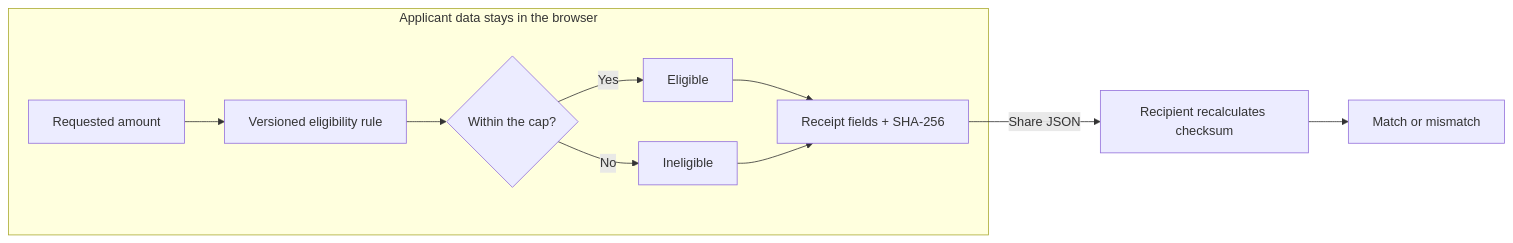
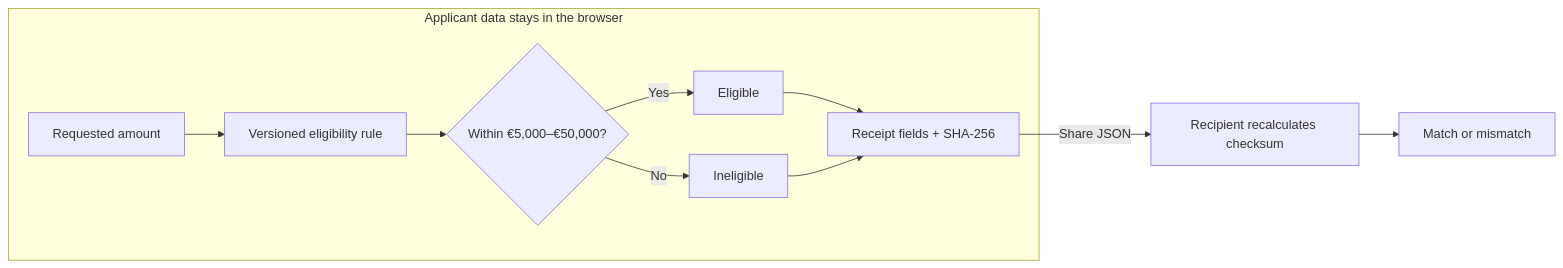
One commit to thesithunyein/meritseal changed the diagram in README.md. Above: the diagram before and after it, drawn with Mermaid. The commit also changed other lines of this file, not shown here.

Commit message:
Explain reviewer problem and document published NLnet rule

````diff
--- a/README.md
+++ b/README.md
@@ -22,13 +28,13 @@
 ```mermaid
 flowchart LR
     subgraph Browser["Applicant data stays in the browser"]
         Amount["Requested amount"] --> Rule["Versioned eligibility rule"]
-        Rule --> Decision{"Within the cap?"}
+        Rule --> Decision{"Within €5,000–€50,000?"}
         Decision -->|Yes| Pass["Eligible"]
         Decision -->|No| Reject["Ineligible"]
         Pass --> Receipt["Receipt fields + SHA-256"]
         Reject --> Receipt
     end
     Receipt -->|"Share JSON"| Checker["Recipient recalculates checksum"]
     Checker --> Result["Match or mismatch"]
 ```
````
